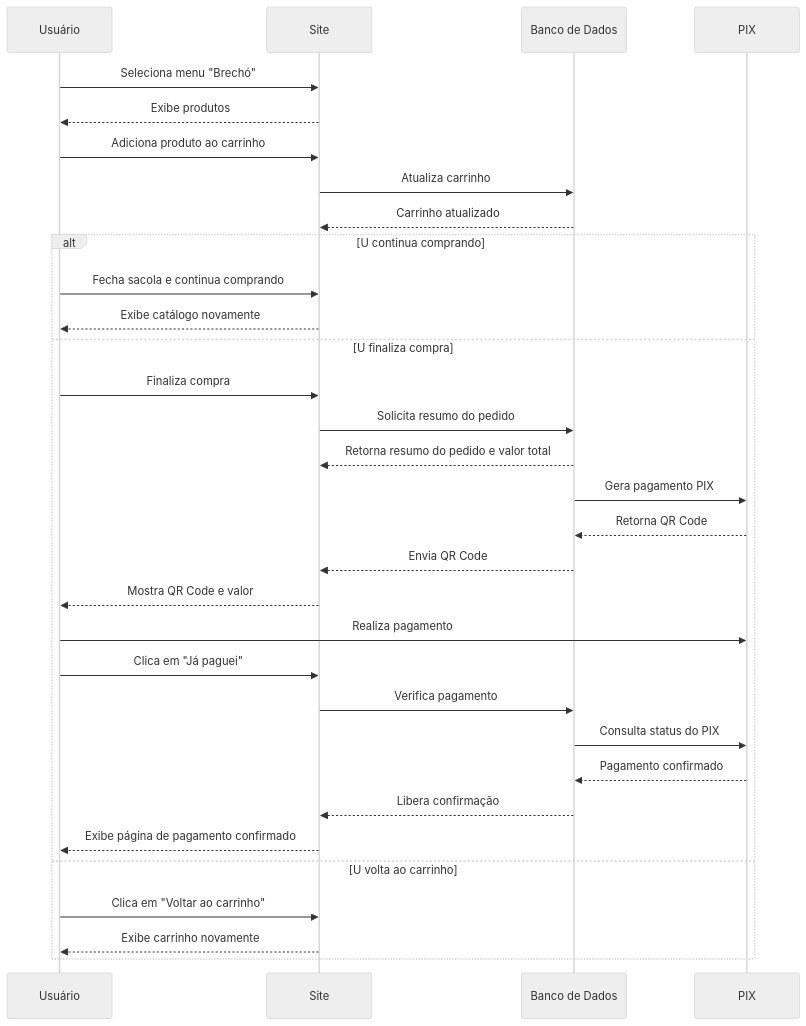
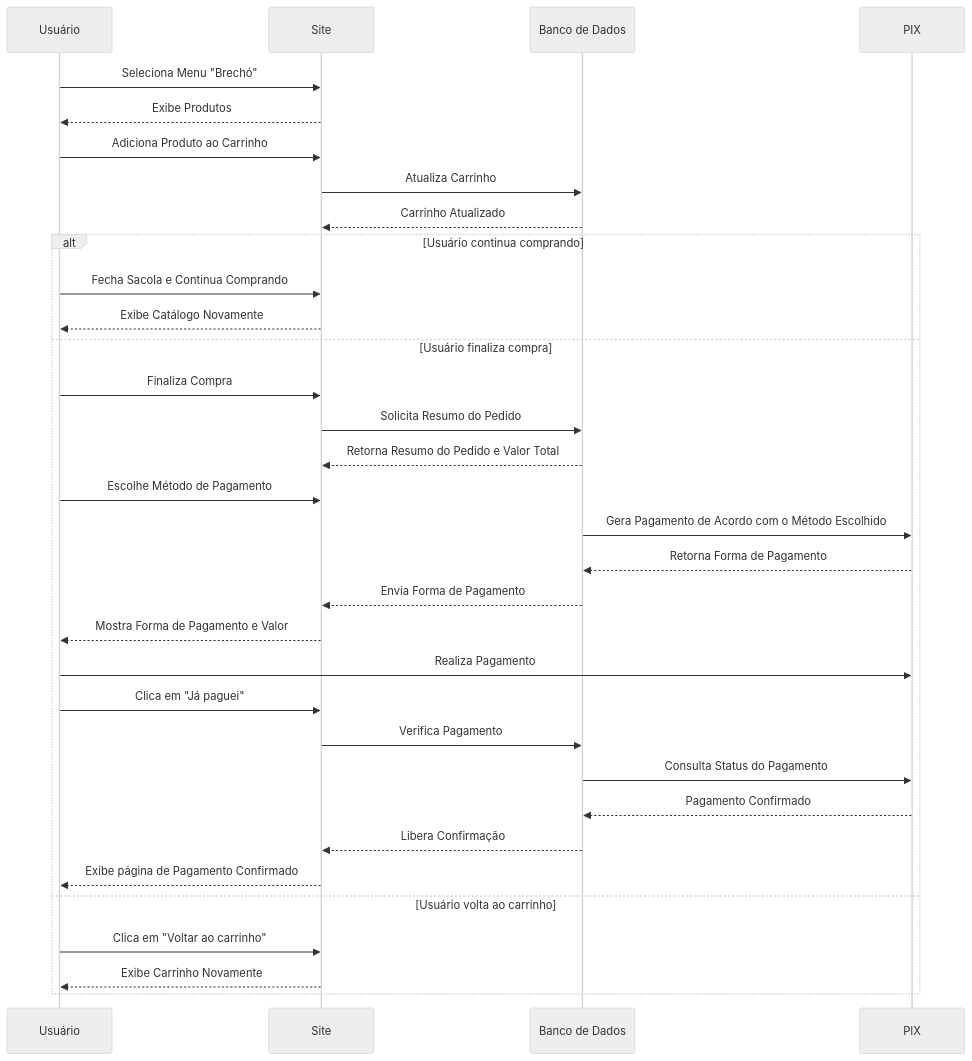
One commit to ligiaoliveira/Casa-dos-Gatos changed the ninth of 12 diagrams in README.md. Above: the diagram before and after it, drawn with Mermaid (neutral theme). The commit also changed other lines of this file, not shown here.

````diff
--- a/README.md
+++ b/README.md
@@ -391,38 +391,39 @@
 ```mermaid
 sequenceDiagram
     participant U as Usuário 
     participant S as Site
-    participant BD as Banco de Dados
+    participant B as Banco de Dados
     participant P as PIX
 
-U->>S: Seleciona menu "Brechó"
-S-->>U: Exibe produtos
-U->>S: Adiciona produto ao carrinho
-S->>BD: Atualiza carrinho
-BD-->>S: Carrinho atualizado
+U->>S: Seleciona Menu "Brechó"
+S-->>U: Exibe Produtos
+U->>S: Adiciona Produto ao Carrinho
+S->>B: Atualiza Carrinho
+B-->>S: Carrinho Atualizado
 
-alt U continua comprando
-U->>S: Fecha sacola e continua comprando
-S-->>U: Exibe catálogo novamente
+alt Usuário continua comprando
+U->>S: Fecha Sacola e Continua Comprando
+S-->>U: Exibe Catálogo Novamente
 
-else U finaliza compra
-U->>S: Finaliza compra
-S->>BD: Solicita resumo do pedido
-BD-->>S: Retorna resumo do pedido e valor total
-BD->>P: Gera pagamento PIX
-P-->>BD: Retorna QR Code
-BD-->>S: Envia QR Code
-S-->>U: Mostra QR Code e valor
-U->>P: Realiza pagamento
+else Usuário finaliza compra
+U->>S: Finaliza Compra
+S->>B: Solicita Resumo do Pedido
+B-->>S: Retorna Resumo do Pedido e Valor Total
+U->>S:Escolhe Método de Pagamento
+B->>P: Gera Pagamento de Acordo com o Método Escolhido
+P-->>B: Retorna Forma de Pagamento
+B-->>S: Envia Forma de Pagamento
+S-->>U: Mostra Forma de Pagamento e Valor
+U->>P: Realiza Pagamento
 U->>S: Clica em "Já paguei"
-S->>BD: Verifica pagamento
-BD->>P: Consulta status do PIX
-P-->>BD: Pagamento confirmado
-BD-->>S: Libera confirmação
-S-->>U: Exibe página de pagamento confirmado
+S->>B: Verifica Pagamento
+B->>P: Consulta Status do Pagamento
+P-->>B: Pagamento Confirmado
+B-->>S: Libera Confirmação
+S-->>U: Exibe página de Pagamento Confirmado
 
-else U volta ao carrinho
+else Usuário volta ao carrinho
 U->>S: Clica em "Voltar ao carrinho"
-S-->>U: Exibe carrinho novamente
+S-->>U: Exibe Carrinho Novamente
 end
 ```
````
